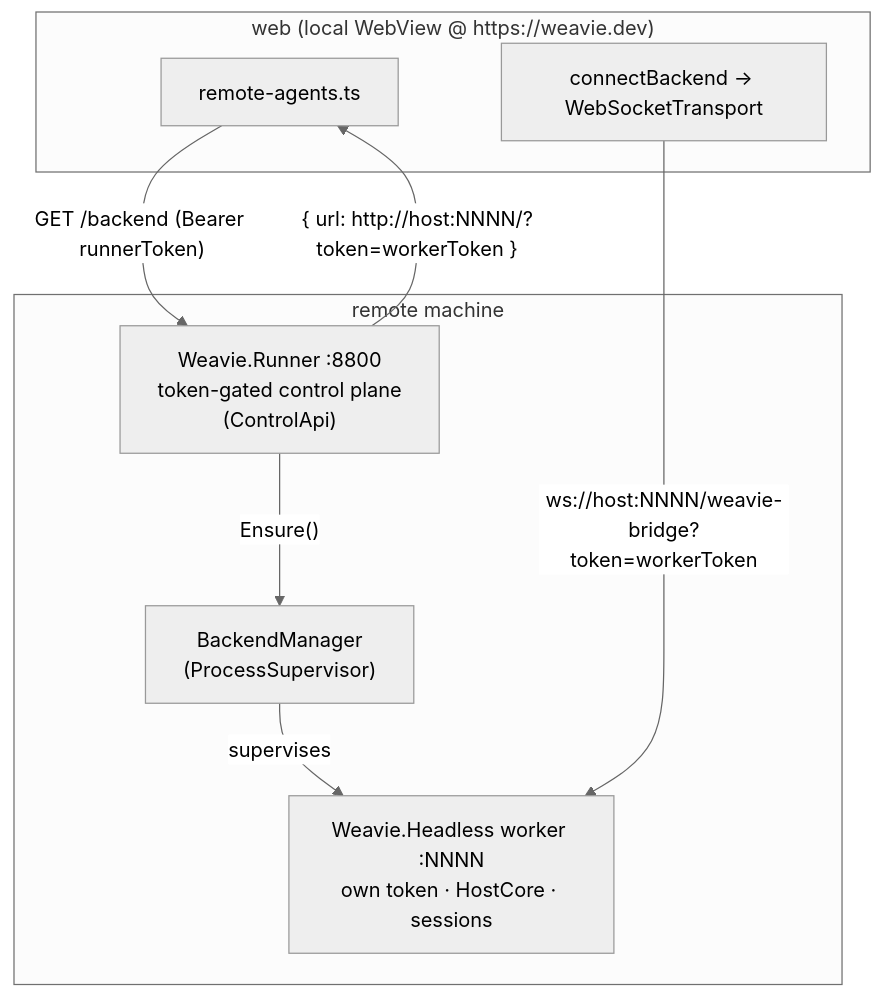
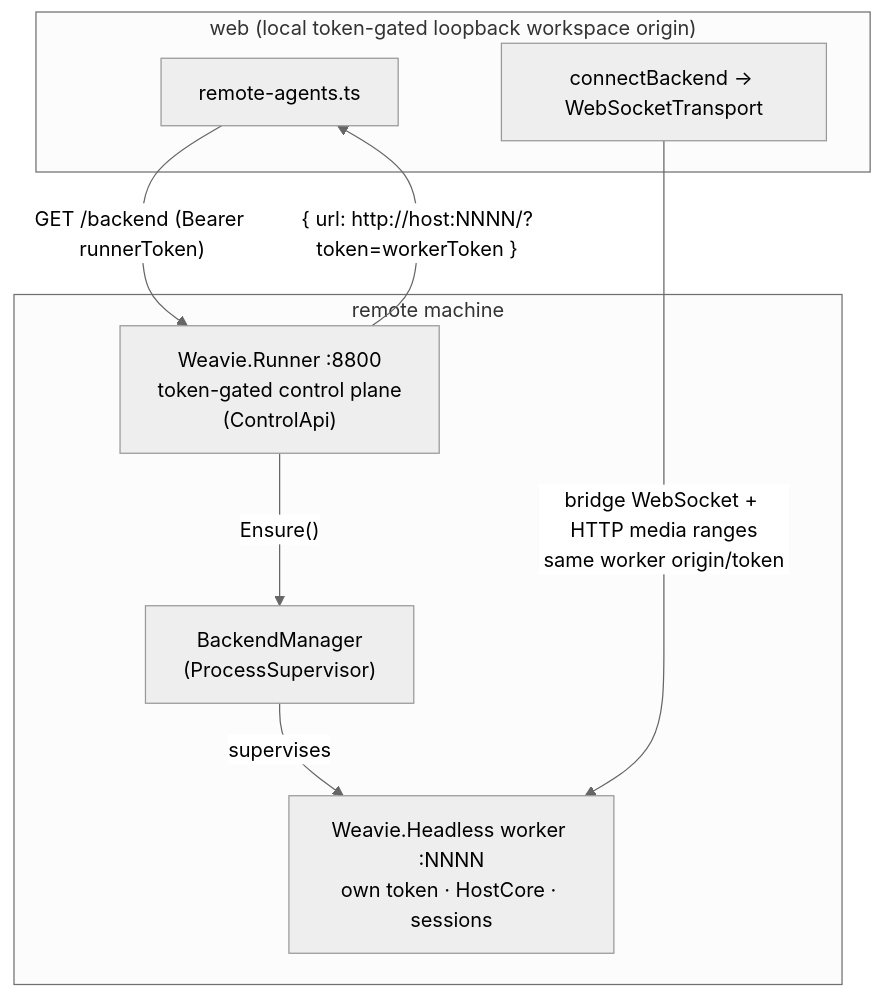
Before and after one commit to Kapps/weavie: the sixth of 6 diagrams in docs/concepts/architecture-overview.md, drawn with Mermaid (neutral theme). The commit also changed other lines of this file and 52 other files, not shown here.

Commit message:
Stream workspace media over authenticated HTTP

````diff
--- a/docs/concepts/architecture-overview.md
+++ b/docs/concepts/architecture-overview.md
@@ -243,18 +249,18 @@
 ```mermaid
 graph TB
-    subgraph web["web (local WebView @ https://weavie.dev)"]
+    subgraph web["web (local token-gated loopback workspace origin)"]
         RA["remote-agents.ts"]
         BK["connectBackend → WebSocketTransport"]
     end
     subgraph remote["remote machine"]
         RUN["Weavie.Runner :8800<br/>token-gated control plane<br/>(ControlApi)"]
         BM["BackendManager<br/>(ProcessSupervisor)"]
         WK["Weavie.Headless worker :NNNN<br/>own token · HostCore · sessions"]
     end
 
     RA -->|"GET /backend (Bearer runnerToken)"| RUN
     RUN -->|"Ensure()"| BM
     BM -->|"supervises"| WK
     RUN -->|"{ url: http://host:NNNN/?token=workerToken }"| RA
-    BK -->|"ws://host:NNNN/weavie-bridge?token=workerToken"| WK
+    BK -->|"bridge WebSocket + HTTP media ranges<br/>same worker origin/token"| WK
 ```
````
